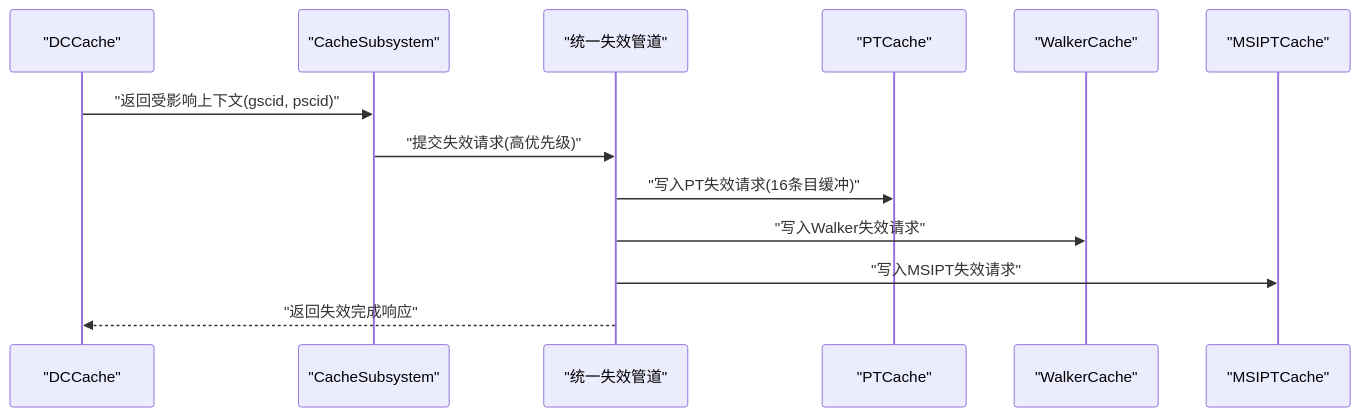
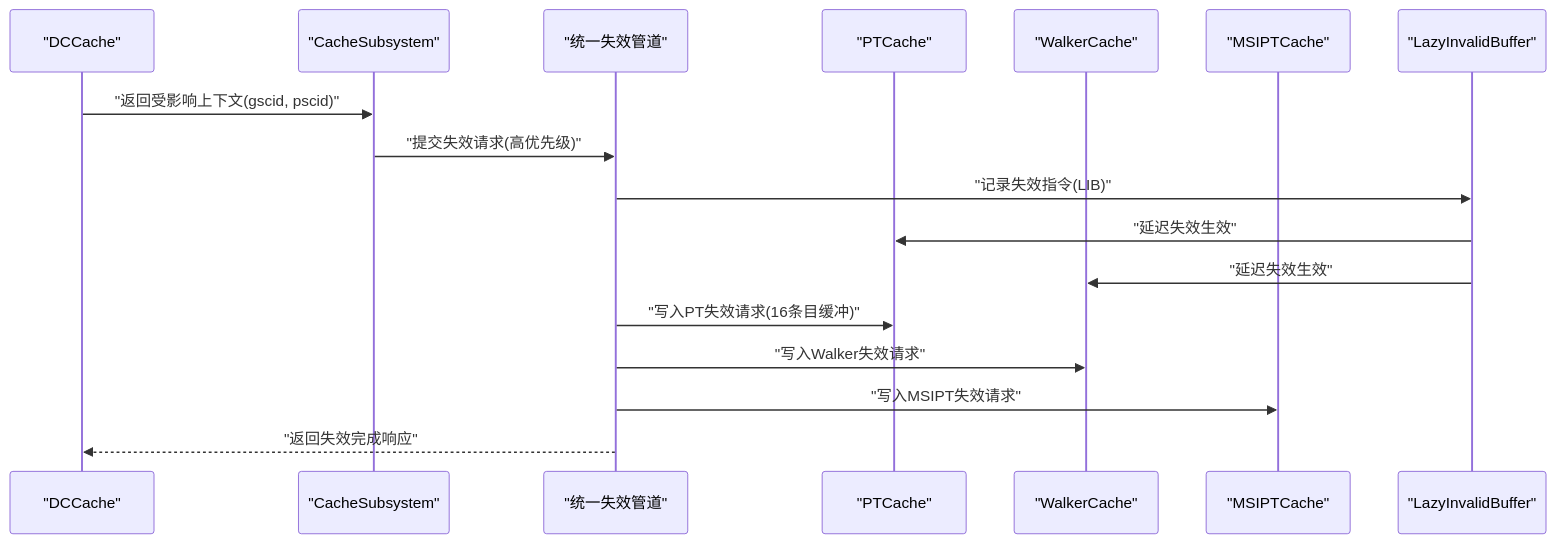
The tenth of 14 diagrams in .qoder/repowiki/zh/content/缓存系统/缓存子系统概览.md (jiangjiang1122/iommu_model_20260401_v1), drawn with Mermaid before and after one commit. The commit also changed other lines of this file and 55 other files, not shown here.

````diff
--- a/.qoder/repowiki/zh/content/缓存系统/缓存子系统概览.md
+++ b/.qoder/repowiki/zh/content/缓存系统/缓存子系统概览.md
@@ -449,15 +603,19 @@
 ```mermaid
 sequenceDiagram
 participant DC as "DCCache"
 participant CS as "CacheSubsystem"
 participant Unified_Pipeline as "统一失效管道"
 participant PT as "PTCache"
 participant WLK as "WalkerCache"
 participant MSI as "MSIPTCache"
+participant LIB as "LazyInvalidBuffer"
 DC->>CS : "返回受影响上下文(gscid, pscid)"
 CS->>Unified_Pipeline : "提交失效请求(高优先级)"
+Unified_Pipeline->>LIB : "记录失效指令(LIB)"
+LIB->>PT : "延迟失效生效"
+LIB->>WLK : "延迟失效生效"
 Unified_Pipeline->>PT : "写入PT失效请求(16条目缓冲)"
 Unified_Pipeline->>WLK : "写入Walker失效请求"
 Unified_Pipeline->>MSI : "写入MSIPT失效请求"
 Unified_Pipeline-->>DC : "返回失效完成响应"
 ```
````
